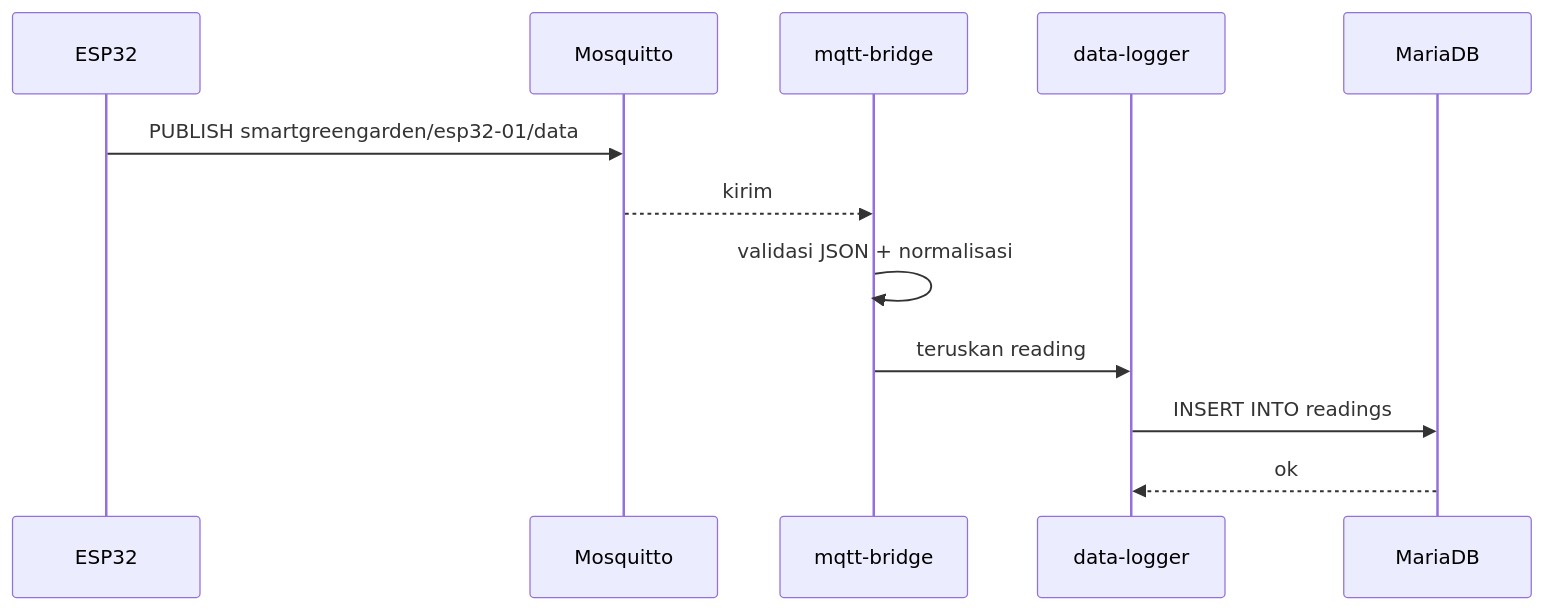
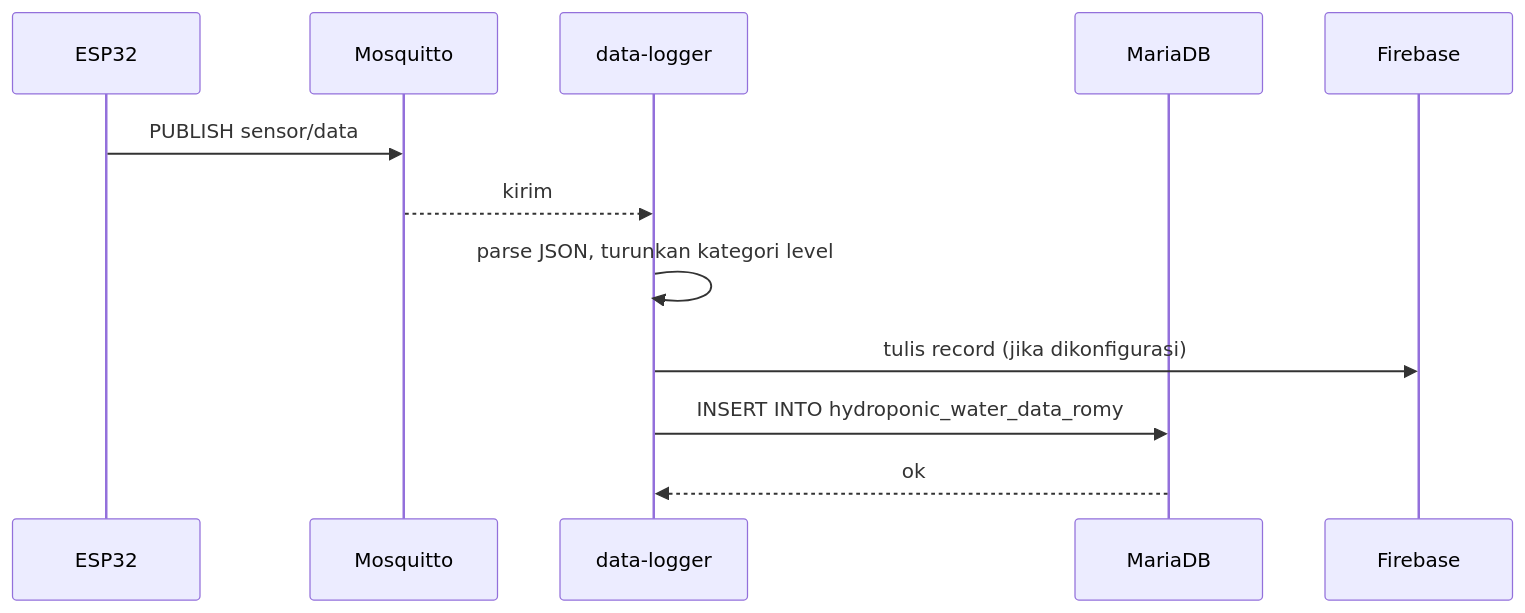
Before and after one commit to livinglab-source/Romyadhy: the second of 3 diagrams in docs/architecture.id.md, drawn with Mermaid. The commit also changed other lines of this file and 31 other files, not shown here.

First line of the commit message:
docs: add data-logger, remove mqtt-bridge

````diff
--- a/docs/architecture.id.md
+++ b/docs/architecture.id.md
@@ -56,15 +58,15 @@
 ```mermaid
 sequenceDiagram
   participant E as ESP32
   participant M as Mosquitto
-  participant B as mqtt-bridge
   participant L as data-logger
   participant D as MariaDB
+  participant F as Firebase
 
-  E->>M: PUBLISH smartgreengarden/esp32-01/data
-  M-->>B: kirim
-  B->>B: validasi JSON + normalisasi
-  B->>L: teruskan reading
-  L->>D: INSERT INTO readings
+  E->>M: PUBLISH sensor/data
+  M-->>L: kirim
+  L->>L: parse JSON, turunkan kategori level
+  L->>F: tulis record (jika dikonfigurasi)
+  L->>D: INSERT INTO hydroponic_water_data_romy
   D-->>L: ok
 ```
````
